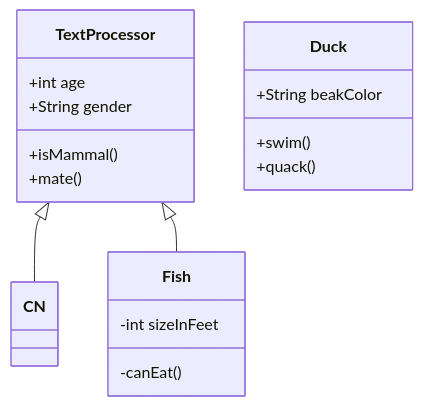
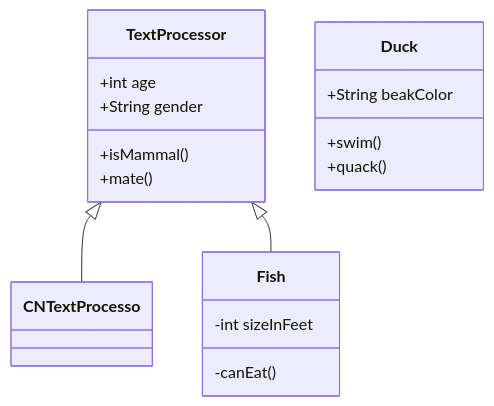
One commit to Jason-DancingBoy/iodraw-files changed the diagram in all/未命名.md. Above: the diagram before and after it, drawn with Mermaid.

Commit message:
2026-01-02 20:31:04 update

````diff
--- a/all/未命名.md
+++ b/all/未命名.md
@@ -1,19 +1,19 @@
 ```mermaid
 classDiagram
-    TextProcessor <|-- CN
+    TextProcessor <|-- CNTextProcesso
     TextProcessor <|-- Fish
     TextProcessor : +int age
     TextProcessor : +String gender
     TextProcessor: +isMammal()
     TextProcessor: +mate()
     class Duck{
       +String beakColor
       +swim()
       +quack()
     }
     class Fish{
       -int sizeInFeet
       -canEat()
     }
             
 ```
````
